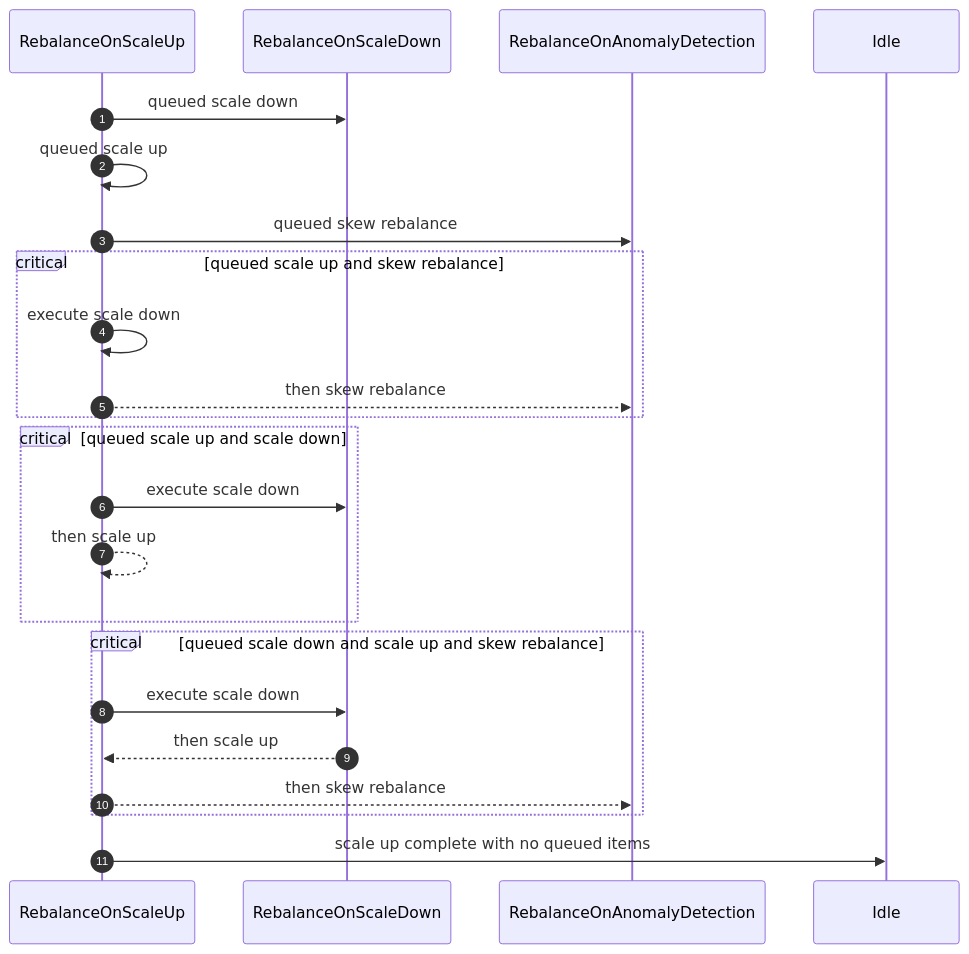
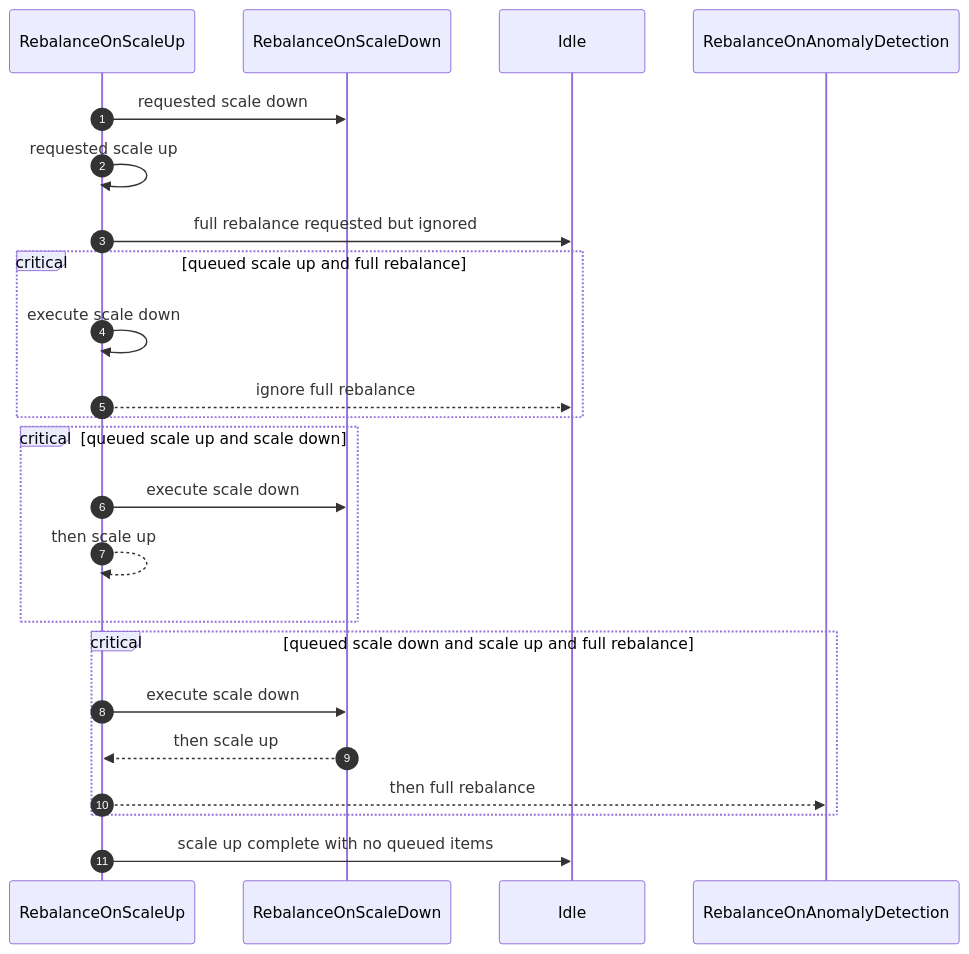
One commit to strimzi/proposals changed the third of 6 diagrams in 106-auto-rebalance-on-imbalanced-clusters.md. Above: the diagram before and after it, drawn with Mermaid. The commit also changed other lines of this file, not shown here.

````diff
--- a/106-auto-rebalance-on-imbalanced-clusters.md
+++ b/106-auto-rebalance-on-imbalanced-clusters.md
@@ -302,21 +316,21 @@
 ```mermaid
 sequenceDiagram
   autonumber
-  RebalanceOnScaleUp->>RebalanceOnScaleDown: queued scale down
-  RebalanceOnScaleUp->>RebalanceOnScaleUp: queued scale up
-  RebalanceOnScaleUp->>RebalanceOnAnomalyDetection: queued skew rebalance
-  critical queued scale up and skew rebalance
+  RebalanceOnScaleUp->>RebalanceOnScaleDown: requested scale down
+  RebalanceOnScaleUp->>RebalanceOnScaleUp: requested scale up
+  RebalanceOnScaleUp->>Idle: full rebalance requested but ignored
+  critical queued scale up and full rebalance
     RebalanceOnScaleUp->>RebalanceOnScaleUp: execute scale down
-    RebalanceOnScaleUp-->>RebalanceOnAnomalyDetection: then skew rebalance
+    RebalanceOnScaleUp-->>Idle: ignore full rebalance
   end
   critical queued scale up and scale down
     RebalanceOnScaleUp->>RebalanceOnScaleDown: execute scale down
     RebalanceOnScaleUp-->>RebalanceOnScaleUp: then scale up
   end
-  critical queued scale down and scale up and skew rebalance
+  critical queued scale down and scale up and full rebalance
     RebalanceOnScaleUp->>RebalanceOnScaleDown: execute scale down
     RebalanceOnScaleDown-->>RebalanceOnScaleUp: then scale up
-    RebalanceOnScaleUp-->>RebalanceOnAnomalyDetection: then skew rebalance
+    RebalanceOnScaleUp-->>RebalanceOnAnomalyDetection: then full rebalance
   end
   RebalanceOnScaleUp->>Idle: scale up complete with no queued items
 ```
````
